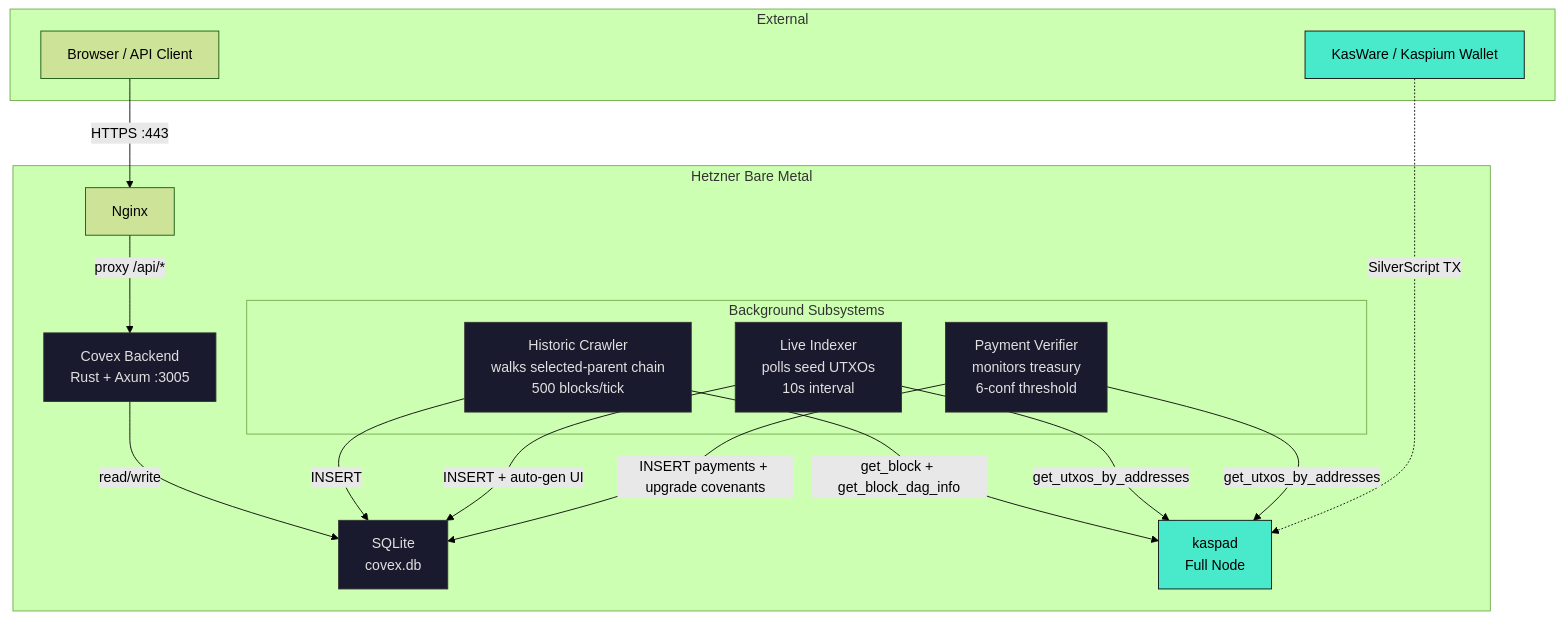
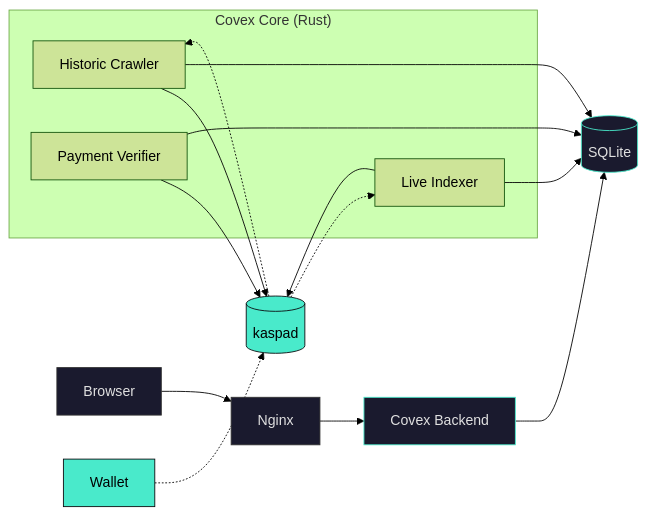
One commit to THTProtocol/Covex27 changed the diagram in README.md. Above: the diagram before and after it, drawn with Mermaid (forest theme).

Commit message:
docs: simplify architecture diagram -- clean LR flow, no nested boxes

````diff
--- a/README.md
+++ b/README.md
@@ -40,40 +40,31 @@
 ```mermaid
-graph TD
-    subgraph External["External"]
-        User["Browser / API Client"]
-        Wallet["KasWare / Kaspium Wallet"]
+graph LR
+    Browser["Browser"] --> Nginx["Nginx"]
+    Nginx --> Covex["Covex Backend"]
+    Covex --> DB[("SQLite")]
+
+    Crawler["Historic Crawler"] --> Kaspa[("kaspad")]
+    Indexer["Live Indexer"] --> Kaspa
+    PayVerifier["Payment Verifier"] --> Kaspa
+
+    Crawler --> DB
+    Indexer --> DB
+    PayVerifier --> DB
+
+    Wallet["Wallet"] -.-> Kaspa
+    Kaspa -.-> Crawler
+    Kaspa -.-> Indexer
+
+    subgraph Core["Covex Core (Rust)"]
+        Crawler
+        Indexer
+        PayVerifier
     end
 
-    subgraph Hetzner["Hetzner Bare Metal"]
-        Nginx["Nginx"]
-        Backend["Covex Backend<br/>Rust + Axum :3005"]
-
-        subgraph Subsystems["Background Subsystems"]
-            Crawler["Historic Crawler<br/>walks selected-parent chain<br/>500 blocks/tick"]
-            Indexer["Live Indexer<br/>polls seed UTXOs<br/>10s interval"]
-            PayVerifier["Payment Verifier<br/>monitors treasury<br/>6-conf threshold"]
-        end
-
-        DB["SQLite<br/>covex.db"]
-        Kaspad["kaspad<br/>Full Node"]
-    end
-
-    User -->|"HTTPS :443"| Nginx
-    Nginx -->|"proxy /api/*"| Backend
-    Backend -->|"read/write"| DB
-
-    Crawler -->|"get_block + get_block_dag_info"| Kaspad
-    Indexer -->|"get_utxos_by_addresses"| Kaspad
-    PayVerifier -->|"get_utxos_by_addresses"| Kaspad
-
-    Crawler -->|"INSERT"| DB
-    Indexer -->|"INSERT + auto-gen UI"| DB
-    PayVerifier -->|"INSERT payments + upgrade covenants"| DB
-
-    Wallet -.->|"SilverScript TX"| Kaspad
-
-    classDef kaspa fill:#49EACB,stroke:#0A0A0D,stroke-width:1px,color:#000
-    class Kaspad,Wallet kaspa
-    classDef storage fill:#1A1A2E,stroke:#333,color:#E0E0E0
-    class DB,Backend,Crawler,Indexer,PayVerifier storage
+    style Kaspa fill:#49EACB,stroke:#0A0A0D,color:#000
+    style Wallet fill:#49EACB,stroke:#0A0A0D,color:#000
+    style DB fill:#1A1A2E,stroke:#49EACB,color:#E0E0E0
+    style Covex fill:#1A1A2E,stroke:#49EACB,color:#E0E0E0
+    style Nginx fill:#1A1A2E,stroke:#333,color:#E0E0E0
+    style Browser fill:#1A1A2E,stroke:#333,color:#E0E0E0
 ```
````
